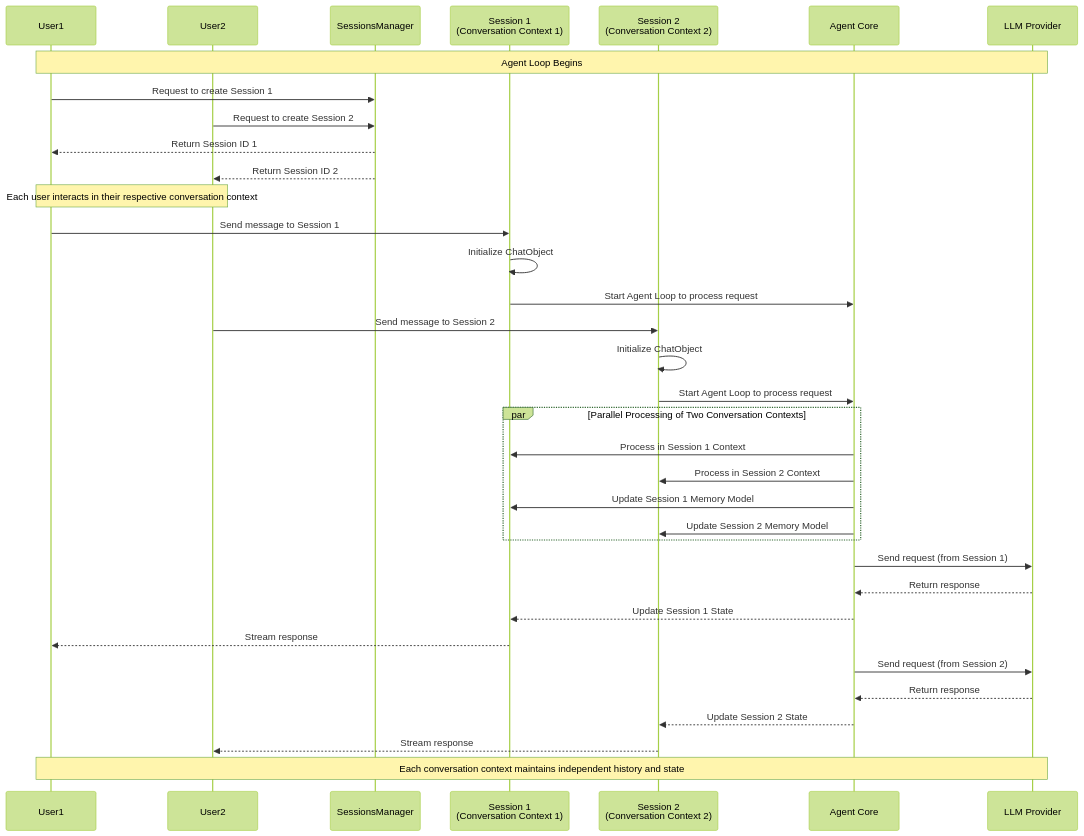
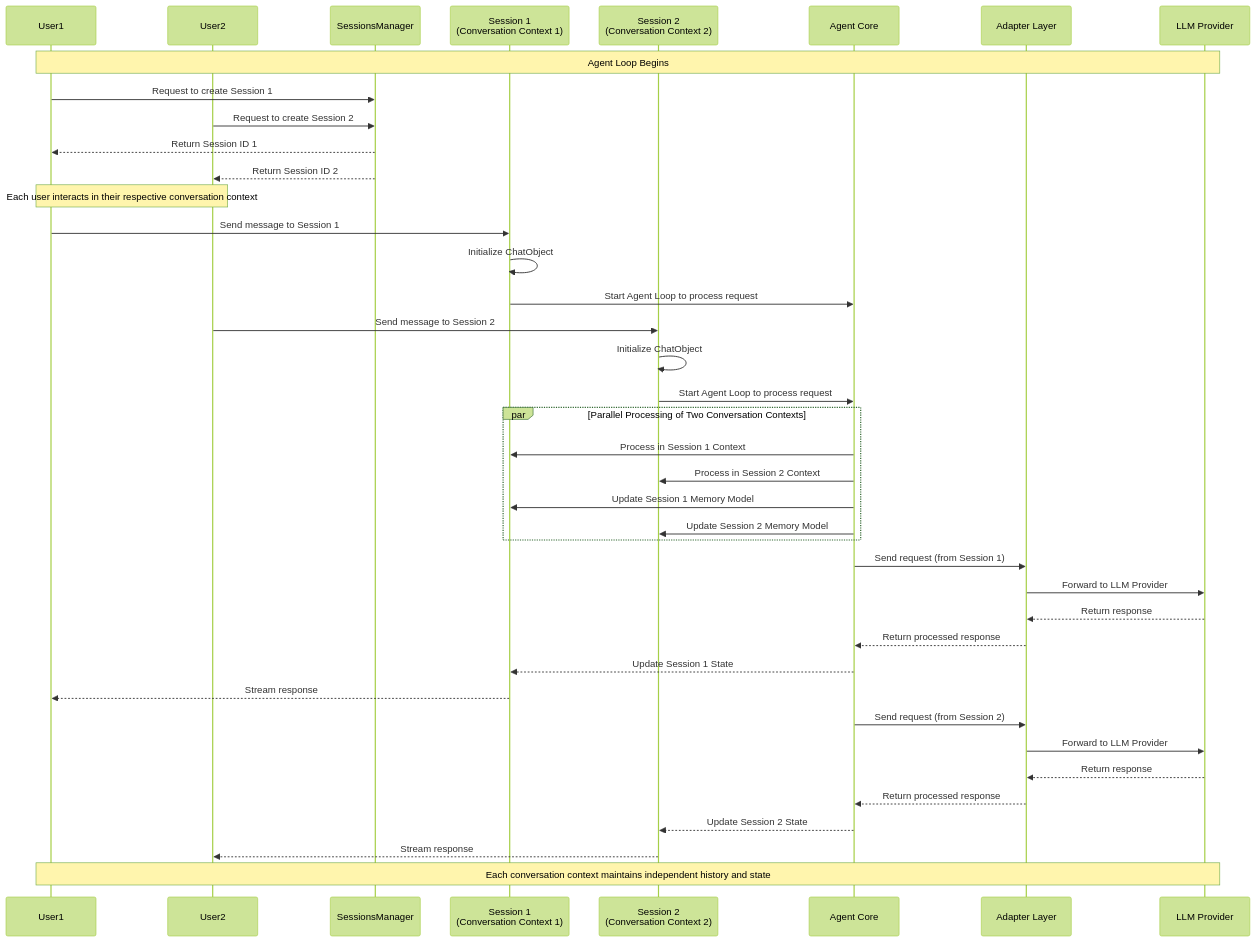
One commit to AmritaBot/AmritaCore changed the third of 3 diagrams in docs/guide/getting-started/architecture.md. Above: the diagram before and after it, drawn with Mermaid (forest theme). The commit also changed other lines of this file and 6 other files, not shown here.

````diff
--- a/docs/guide/getting-started/architecture.md
+++ b/docs/guide/getting-started/architecture.md
@@ -85,46 +93,51 @@
 ```mermaid
 sequenceDiagram
     participant User1 as User1
     participant User2 as User2
     participant SM as SessionsManager
     participant S1 as Session 1<br/>(Conversation Context 1)
     participant S2 as Session 2<br/>(Conversation Context 2)
     participant Agent as Agent Core
+    participant Adapter as Adapter Layer
     participant LLM as LLM Provider
 
     Note over User1,LLM: Agent Loop Begins
     User1->>SM: Request to create Session 1
     User2->>SM: Request to create Session 2
     SM-->>User1: Return Session ID 1
     SM-->>User2: Return Session ID 2
 
     Note over User1,User2: Each user interacts in their respective conversation context
 
     User1->>S1: Send message to Session 1
     S1->>S1: Initialize ChatObject
     S1->>Agent: Start Agent Loop to process request
 
     User2->>S2: Send message to Session 2
     S2->>S2: Initialize ChatObject
     S2->>Agent: Start Agent Loop to process request
 
     par Parallel Processing of Two Conversation Contexts
         Agent->>S1: Process in Session 1 Context
         Agent->>S2: Process in Session 2 Context
 
         Agent->>S1: Update Session 1 Memory Model
         Agent->>S2: Update Session 2 Memory Model
     end
 
-    Agent->>LLM: Send request (from Session 1)
-    LLM-->>Agent: Return response
+    Agent->>Adapter: Send request (from Session 1)
+    Adapter->>LLM: Forward to LLM Provider
+    LLM-->>Adapter: Return response
+    Adapter-->>Agent: Return processed response
     Agent-->>S1: Update Session 1 State
     S1-->>User1: Stream response
 
-    Agent->>LLM: Send request (from Session 2)
-    LLM-->>Agent: Return response
+    Agent->>Adapter: Send request (from Session 2)
+    Adapter->>LLM: Forward to LLM Provider
+    LLM-->>Adapter: Return response
+    Adapter-->>Agent: Return processed response
     Agent-->>S2: Update Session 2 State
     S2-->>User2: Stream response
 
     Note over User1,LLM: Each conversation context maintains independent history and state
 ```
````
